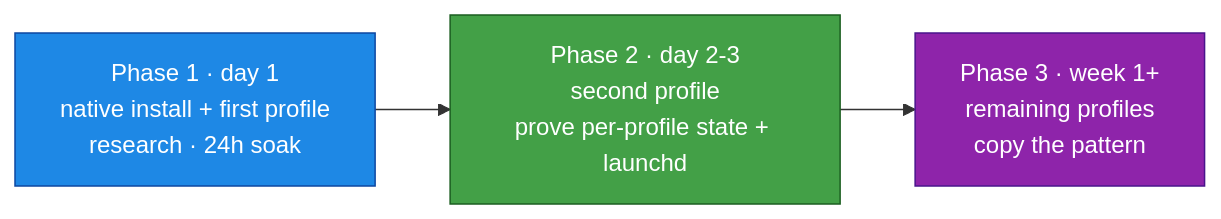
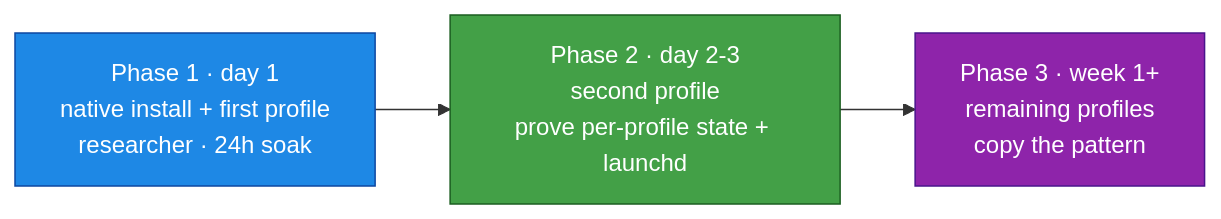
One commit to mpolatcan/hermes-setup changed the diagram in docs/05-deployment.md. Above: the diagram before and after it, drawn with Mermaid. The commit also changed other lines of this file and 14 other files, not shown here.

First line of the commit message:
refactor: rename slug research -> researcher

````diff
--- a/docs/05-deployment.md
+++ b/docs/05-deployment.md
@@ -7,8 +7,8 @@
 ```mermaid
 flowchart LR
-    P1["Phase 1 · day 1<br/>native install + first profile<br/>research · 24h soak"]:::p1 --> P2["Phase 2 · day 2-3<br/>second profile<br/>prove per-profile state + launchd"]:::p2
+    P1["Phase 1 · day 1<br/>native install + first profile<br/>researcher · 24h soak"]:::p1 --> P2["Phase 2 · day 2-3<br/>second profile<br/>prove per-profile state + launchd"]:::p2
     P2 --> P3["Phase 3 · week 1+<br/>remaining profiles<br/>copy the pattern"]:::p3
     classDef p1 fill:#1E88E5,stroke:#0D47A1,color:#fff
     classDef p2 fill:#43A047,stroke:#1B5E20,color:#fff
     classDef p3 fill:#8E24AA,stroke:#4A148C,color:#fff
 ```
````
